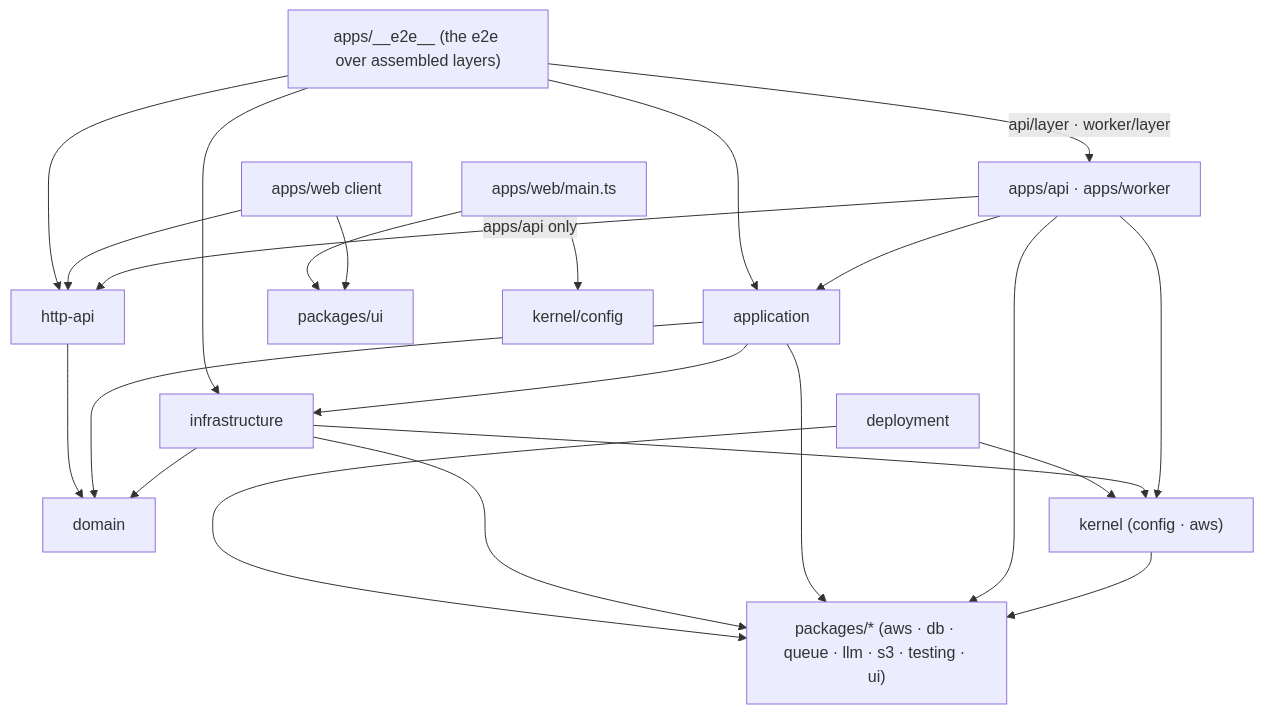
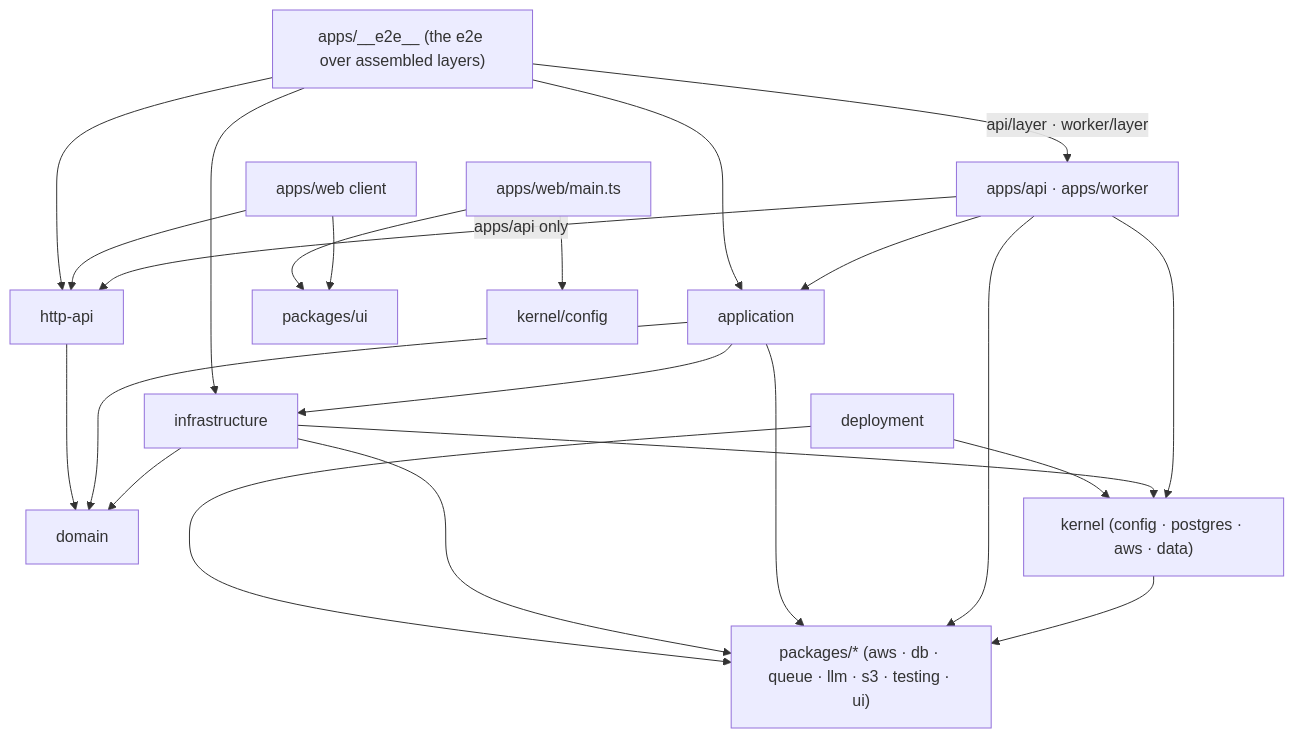
Before and after one commit to khotei/app-template: the diagram in docs/knowledge/architecture.md, drawn with Mermaid. The commit also changed other lines of this file and 27 other files, not shown here.

````diff
--- a/docs/knowledge/architecture.md
+++ b/docs/knowledge/architecture.md
@@ -12,25 +12,25 @@
 ```mermaid
 graph TD
   apps["apps/api · apps/worker"] --> application
   application --> infrastructure
   infrastructure --> domain
   application --> domain
   apps -->|"apps/api only"| httpApi["http-api"]
   httpApi --> domain
-  apps --> kernel["kernel (config · aws)"]
+  apps --> kernel["kernel (config · postgres · aws · data)"]
   infrastructure --> kernel
   kernel --> packages
   apps --> packages["packages/* (aws · db · queue · llm · s3 · testing · ui)"]
   application --> packages
   infrastructure --> packages
   web["apps/web client"] --> httpApi
   web --> ui["packages/ui"]
   webMain["apps/web/main.ts"] --> ui
   webMain --> config["kernel/config"]
   deployment --> kernel
   deployment --> packages
   e2e["apps/__e2e__ (the e2e over assembled layers)"] -->|"api/layer · worker/layer"| apps
   e2e --> httpApi
   e2e --> application
   e2e --> infrastructure
 ```
````
